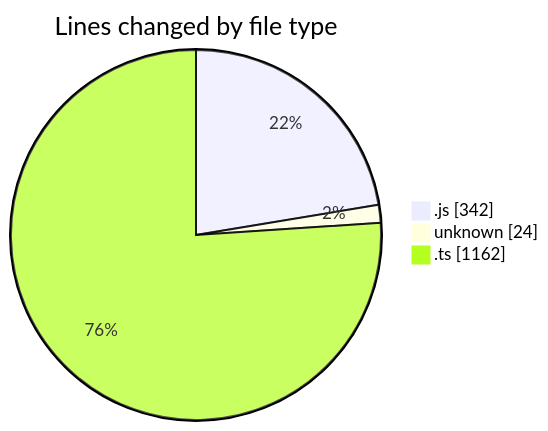
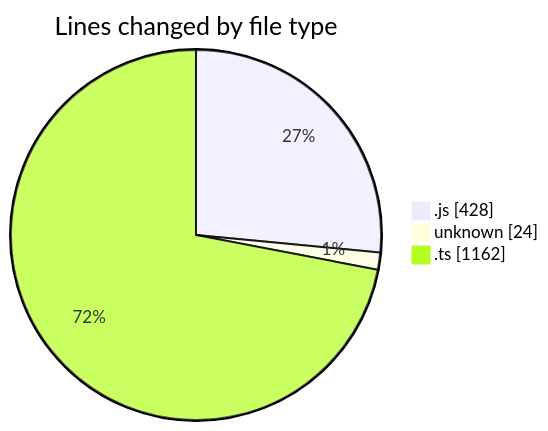
The first of 2 diagrams in 2025-02-05/cda/README.md (momahboobian/code-tracking), drawn with Mermaid before and after one commit. The commit also changed other lines of this file and 1 other file, not shown here.

````diff
--- a/2025-02-05/cda/README.md
+++ b/2025-02-05/cda/README.md
@@ -32,7 +32,7 @@
 ```mermaid
 pie showData
 title Lines changed by file type
-".js" : 342
+".js" : 428
 "unknown" : 24
 ".ts" : 1162
 ```
````
